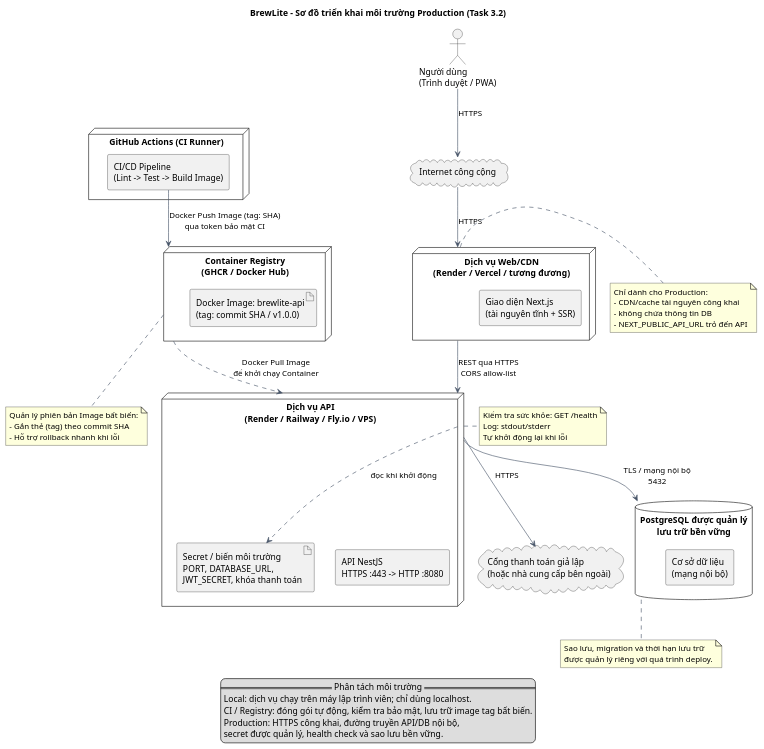
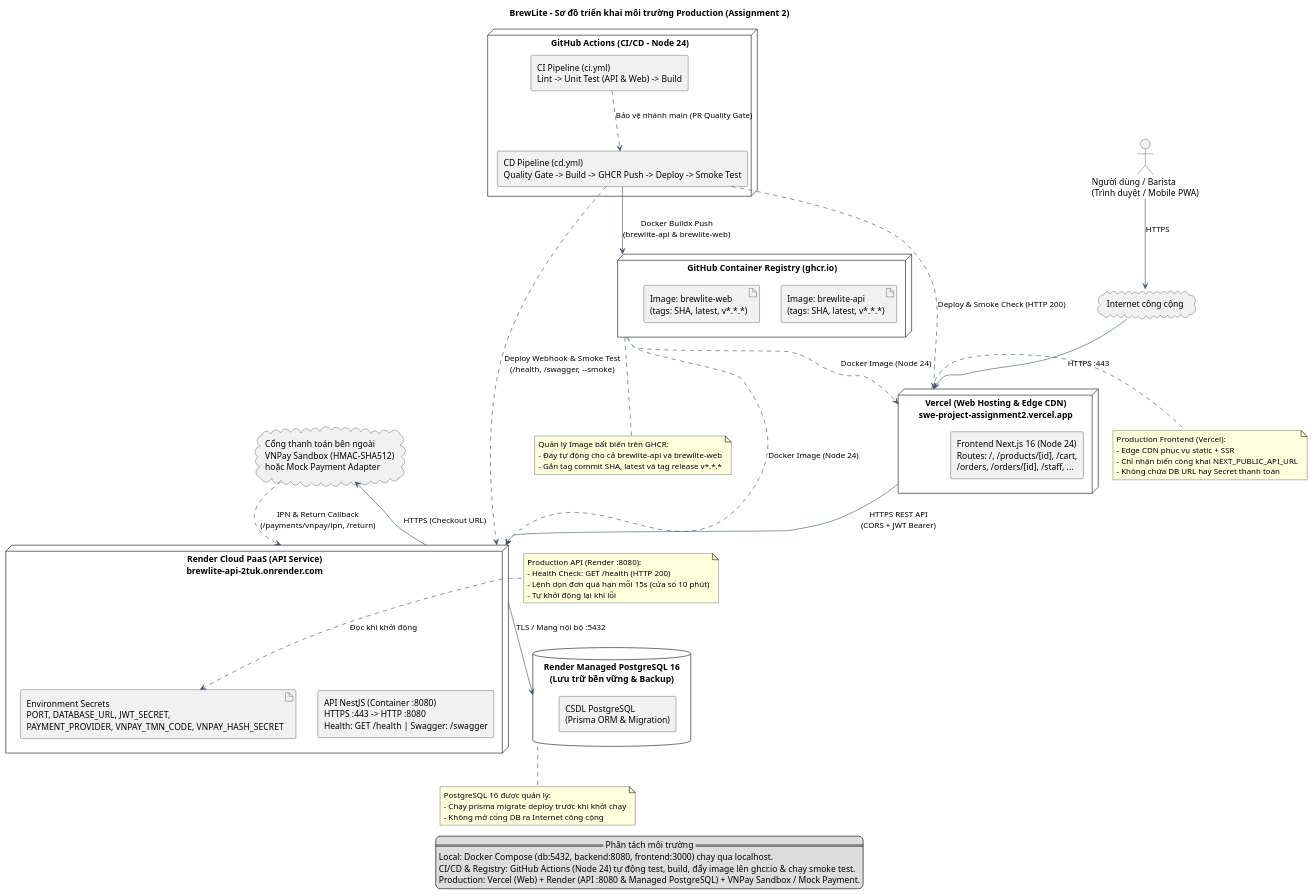
Before and after one commit to dangtuan992006/SWE_Project_Assignment2: the diagram in docs/diagrams/deployment.puml, drawn with PlantUML. The commit also changed 11 other files, not shown here.

Commit message:
[Docs]: đồng bộ SRS (17 FRs, 20 NFRs), sơ đồ UML/SVG, ma trận RTM và README với mã nguồn

```diff
--- a/docs/diagrams/deployment.puml
+++ b/docs/diagrams/deployment.puml
@@ -1,80 +1,88 @@
 @startuml
-title BrewLite - Sơ đồ triển khai môi trường Production (Task 3.2)
+title BrewLite - Sơ đồ triển khai môi trường Production (Assignment 2)
 
 skinparam shadowing false
 skinparam componentStyle rectangle
 skinparam defaultFontName Arial
 skinparam ArrowColor #475569
 skinparam packageStyle rectangle
 
-actor "Người dùng\n(Trình duyệt / PWA)" as user
+actor "Người dùng / Barista\n(Trình duyệt / Mobile PWA)" as user
 
 cloud "Internet công cộng" as internet
 
-node "GitHub Actions (CI Runner)" as ci {
-  component "CI/CD Pipeline\n(Lint -> Test -> Build Image)" as pipeline
+node "GitHub Actions (CI/CD - Node 24)" as ci {
+  component "CI Pipeline (ci.yml)\nLint -> Unit Test (API & Web) -> Build" as ci_pipe
+  component "CD Pipeline (cd.yml)\nQuality Gate -> Build -> GHCR Push -> Deploy -> Smoke Test" as cd_pipe
 }
 
-node "Container Registry\n(GHCR / Docker Hub)" as registry {
-  artifact "Docker Image: brewlite-api\n(tag: commit SHA / v1.0.0)" as image
+node "GitHub Container Registry (ghcr.io)" as registry {
+  artifact "Image: brewlite-api\n(tags: SHA, latest, v*.*.*)" as img_api
+  artifact "Image: brewlite-web\n(tags: SHA, latest, v*.*.*)" as img_web
 }
 
-node "Dịch vụ Web/CDN\n(Render / Vercel / tương đương)" as web {
-  component "Giao diện Next.js\n(tài nguyên tĩnh + SSR)" as next
+node "Vercel (Web Hosting & Edge CDN)\nswe-project-assignment2.vercel.app" as web {
+  component "Frontend Next.js 16 (Node 24)\nRoutes: /, /products/[id], /cart,\n/orders, /orders/[id], /staff, ..." as next
 }
 
-node "Dịch vụ API\n(Render / Railway / Fly.io / VPS)" as api {
-  component "API NestJS\nHTTPS :443 -> HTTP :8080" as nest
-  artifact "Secret / biến môi trường\nPORT, DATABASE_URL,\nJWT_SECRET, khóa thanh toán" as secrets
+node "Render Cloud PaaS (API Service)\nbrewlite-api-2tuk.onrender.com" as api {
+  component "API NestJS (Container :8080)\nHTTPS :443 -> HTTP :8080\nHealth: GET /health | Swagger: /swagger" as nest
+  artifact "Environment Secrets\nPORT, DATABASE_URL, JWT_SECRET,\nPAYMENT_PROVIDER, VNPAY_TMN_CODE, VNPAY_HASH_SECRET" as secrets
 }
 
-database "PostgreSQL được quản lý\nlưu trữ bền vững" as db {
-  component "Cơ sở dữ liệu\n(mạng nội bộ)" as postgres
+database "Render Managed PostgreSQL 16\n(Lưu trữ bền vững & Backup)" as db {
+  component "CSDL PostgreSQL\n(Prisma ORM & Migration)" as postgres
 }
 
-cloud "Cổng thanh toán giả lập\n(hoặc nhà cung cấp bên ngoài)" as payment
+cloud "Cổng thanh toán bên ngoài\nVNPay Sandbox (HMAC-SHA512)\nhoặc Mock Payment Adapter" as payment
 
-' Luồng đóng gói & phát hành container
-pipeline --> registry : Docker Push Image (tag: SHA)\nqua token bảo mật CI
-registry ..> api : Docker Pull Image\nđể khởi chạy Container
+' Luồng CI/CD & Container Registry
+ci_pipe ..> cd_pipe : Bảo vệ nhánh main (PR Quality Gate)
+cd_pipe --> registry : Docker Buildx Push\n(brewlite-api & brewlite-web)
+registry ..> api : Docker Image (Node 24)
+registry ..> web : Docker Image (Node 24)
+cd_pipe ..> api : Deploy Webhook & Smoke Test\n(/health, /swagger, --smoke)
+cd_pipe ..> web : Deploy & Smoke Check (HTTP 200)
 
 ' Luồng người dùng & runtime production
 user --> internet : HTTPS
-internet --> web : HTTPS
-web --> api : REST qua HTTPS\nCORS allow-list
-api --> db : TLS / mạng nội bộ\n5432
-api --> payment : HTTPS
-api ..> secrets : đọc khi khởi động
+internet --> web : HTTPS :443
+web --> api : HTTPS REST API\n(CORS + JWT Bearer)
+api --> db : TLS / Mạng nội bộ :5432
+api --> payment : HTTPS (Checkout URL)
+payment ..> api : IPN & Return Callback\n(/payments/vnpay/ipn, /return)
+api ..> secrets : Đọc khi khởi động
 
 note right of web
-Chỉ dành cho Production:
-- CDN/cache tài nguyên công khai
-- không chứa thông tin DB
-- NEXT_PUBLIC_API_URL trỏ đến API
+Production Frontend (Vercel):
+- Edge CDN phục vụ static + SSR
+- Chỉ nhận biến công khai NEXT_PUBLIC_API_URL
+- Không chứa DB URL hay Secret thanh toán
 end note
 
 note right of api
-Kiểm tra sức khỏe: GET /health
-Log: stdout/stderr
-Tự khởi động lại khi lỗi
+Production API (Render :8080):
+- Health Check: GET /health (HTTP 200)
+- Lệnh dọn đơn quá hạn mỗi 15s (cửa sổ 10 phút)
+- Tự khởi động lại khi lỗi
 end note
 
 note bottom of registry
-Quản lý phiên bản Image bất biến:
-- Gắn thẻ (tag) theo commit SHA
-- Hỗ trợ rollback nhanh khi lỗi
+Quản lý Image bất biến trên GHCR:
+- Đẩy tự động cho cả brewlite-api và brewlite-web
+- Gắn tag commit SHA, latest và tag release v*.*.*
 end note
 
 note bottom of db
-Sao lưu, migration và thời hạn lưu trữ
-được quản lý riêng với quá trình deploy.
+PostgreSQL 16 được quản lý:
+- Chạy prisma migrate deploy trước khi khởi chạy
+- Không mở cổng DB ra Internet công cộng
 end note
 
 legend
   == Phân tách môi trường ==
-  Local: dịch vụ chạy trên máy lập trình viên; chỉ dùng localhost.
-  CI / Registry: đóng gói tự động, kiểm tra bảo mật, lưu trữ image tag bất biến.
-  Production: HTTPS công khai, đường truyền API/DB nội bộ,
-  secret được quản lý, health check và sao lưu bền vững.
+  Local: Docker Compose (db:5432, backend:8080, frontend:3000) chạy qua localhost.
+  CI/CD & Registry: GitHub Actions (Node 24) tự động test, build, đẩy image lên ghcr.io & chạy smoke test.
+  Production: Vercel (Web) + Render (API :8080 & Managed PostgreSQL) + VNPay Sandbox / Mock Payment.
 endlegend
 @enduml
```
